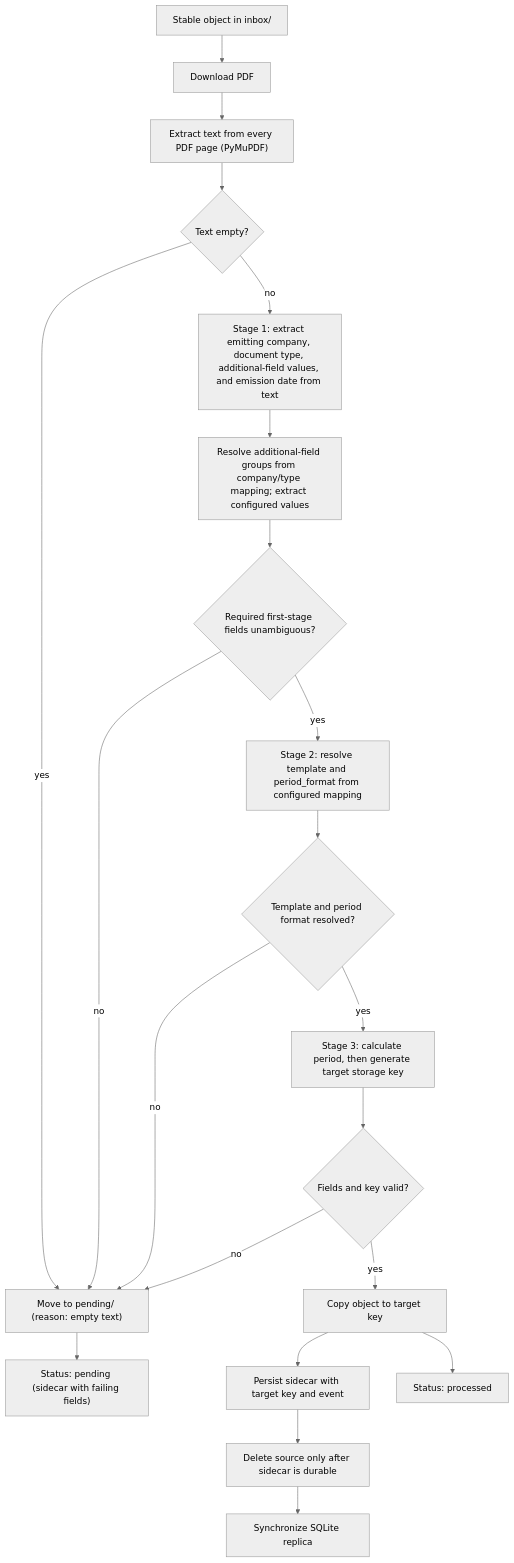
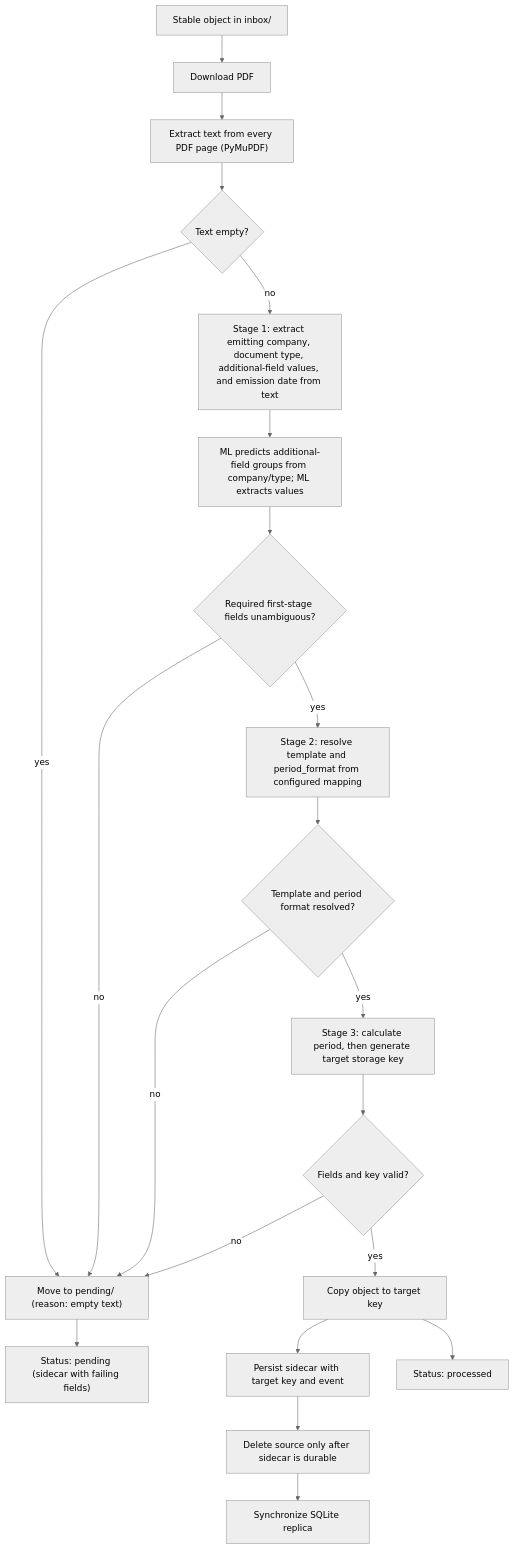
Before and after one commit to napnap75/multiarch-docker-images: the second of 3 diagrams in automatic-pdf-renamer/arch.md, drawn with Mermaid (neutral theme). The commit also changed other lines of this file, not shown here.

````diff
--- a/automatic-pdf-renamer/arch.md
+++ b/automatic-pdf-renamer/arch.md
@@ -100,23 +100,23 @@
 ```mermaid
 flowchart TD
   in["Stable object in inbox/"] --> dl["Download PDF"]
   dl --> tx["Extract text from every PDF page (PyMuPDF)"]
   tx --> empty{"Text empty?"}
   empty -- yes --> pending["Move to pending/ (reason: empty text)"]
   empty -- no --> stage1["Stage 1: extract emitting company, document type, additional-field values, and emission date from text"]
-  stage1 --> groups["Resolve additional-field groups from company/type mapping; extract configured values"]
+  stage1 --> groups["ML predicts additional-field groups from company/type; ML extracts values"]
   groups --> firstvalid{"Required first-stage fields unambiguous?"}
   firstvalid -- no --> pending
   firstvalid -- yes --> stage2["Stage 2: resolve template and period_format from configured mapping"]
   stage2 --> mappingvalid{"Template and period format resolved?"}
   mappingvalid -- no --> pending
   mappingvalid -- yes --> stage3["Stage 3: calculate period, then generate target storage key"]
   stage3 --> valid{"Fields and key valid?"}
   valid -- no --> pending
   valid -- yes --> rename["Copy object to target key"]
   rename --> sidecar["Persist sidecar with target key and event"]
   sidecar --> delete["Delete source only after sidecar is durable"]
   delete --> sqlite["Synchronize SQLite replica"]
   rename --> done["Status: processed"]
   pending --> wait["Status: pending (sidecar with failing fields)"]
 ```
````
